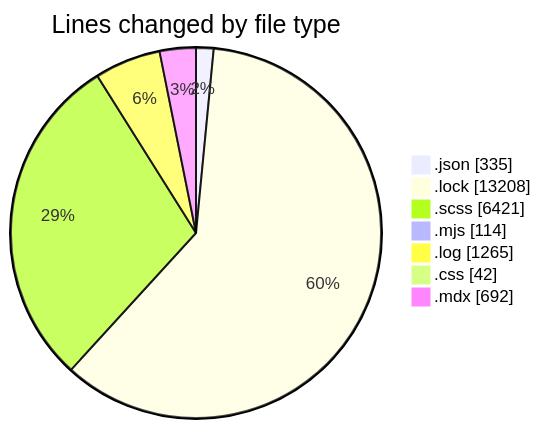
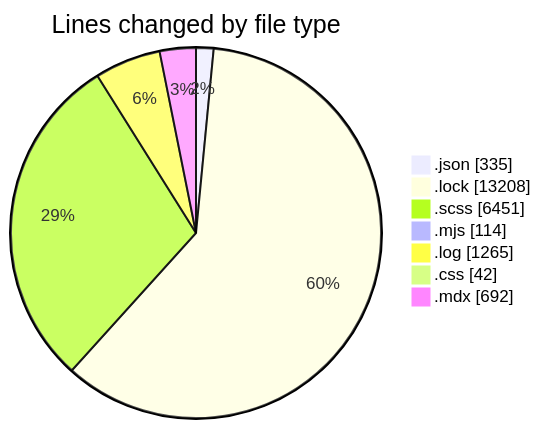
Before and after one commit to momahboobian/code-tracking: the first of 2 diagrams in 2026-01-26/cda/README.md, drawn with Mermaid. The commit also changed other lines of this file and 1 other file, not shown here.

````diff
--- a/2026-01-26/cda/README.md
+++ b/2026-01-26/cda/README.md
@@ -41,11 +41,11 @@
 ```mermaid
 pie showData
 title Lines changed by file type
 ".json" : 335
 ".lock" : 13208
-".scss" : 6421
+".scss" : 6451
 ".mjs" : 114
 ".log" : 1265
 ".css" : 42
 ".mdx" : 692
 ```
````
